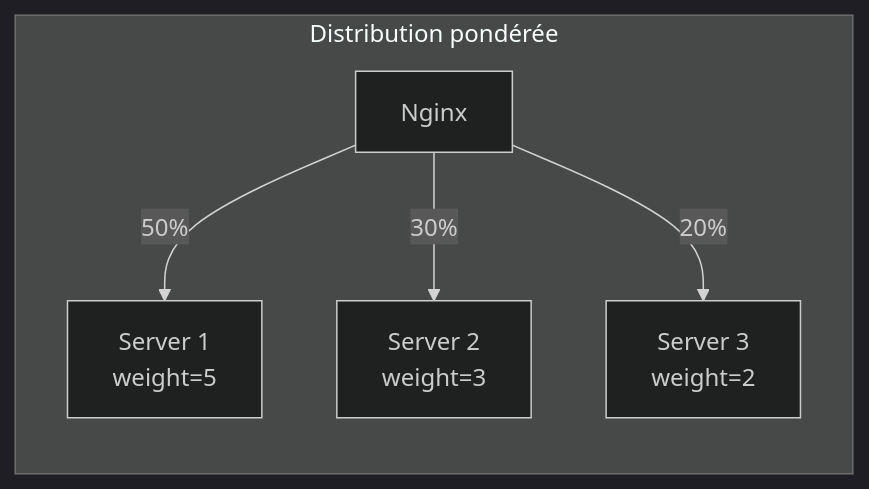
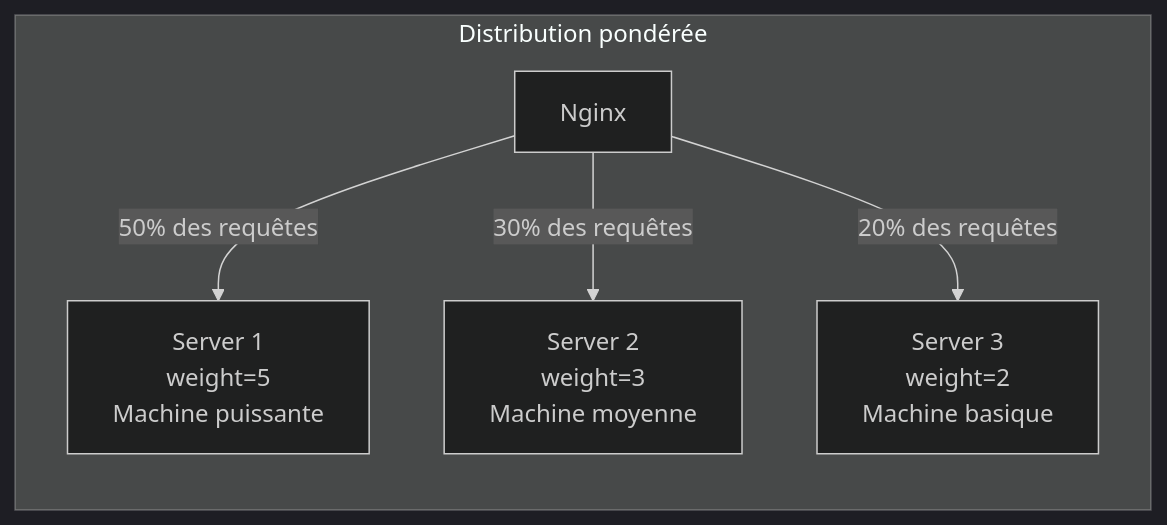
One commit to haythem-rehouma/deploiement-de-solutions-de-donnees changed the third of 8 diagrams in 04-docker-swarm-nginx/10-nginx-load-balancer-securite.md. Above: the diagram before and after it, drawn with Mermaid (dark theme). The commit also changed other lines of this file and 9 other files, not shown here.

````diff
--- a/04-docker-swarm-nginx/10-nginx-load-balancer-securite.md
+++ b/04-docker-swarm-nginx/10-nginx-load-balancer-securite.md
@@ -110,8 +151,8 @@
 ```mermaid
 graph LR
     subgraph "Distribution pondérée"
-        N[Nginx] -->|50%| S1[Server 1<br/>weight=5]
-        N -->|30%| S2[Server 2<br/>weight=3]
-        N -->|20%| S3[Server 3<br/>weight=2]
+        N[Nginx] -->|50% des requêtes| S1[Server 1<br/>weight=5<br/>Machine puissante]
+        N -->|30% des requêtes| S2[Server 2<br/>weight=3<br/>Machine moyenne]
+        N -->|20% des requêtes| S3[Server 3<br/>weight=2<br/>Machine basique]
     end
 ```
````
